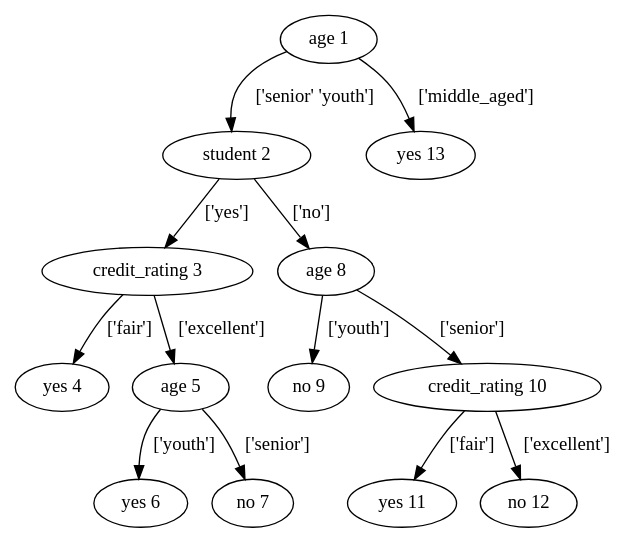
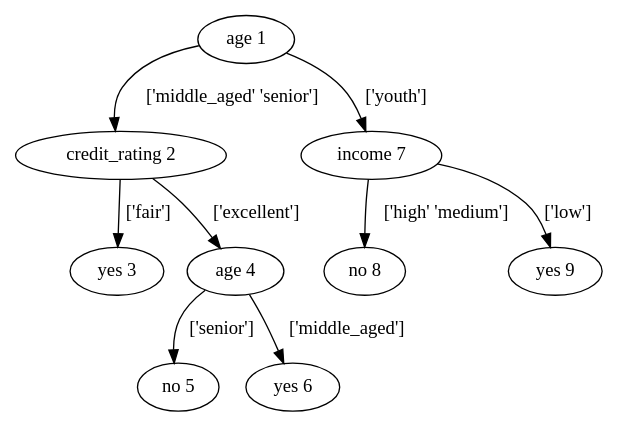
One commit to VaheHayrapetyan24/CS340B changed the diagram in 07_decision_tree_gini/tree_visualization.dot. Above: the diagram before and after it, drawn with Graphviz. The commit also changed 2 other files, not shown here.

```diff
--- a/07_decision_tree_gini/tree_visualization.dot
+++ b/07_decision_tree_gini/tree_visualization.dot
@@ -1,27 +1,19 @@
 digraph tree {
     "age 1";
-    "student 2";
-    "credit_rating 3";
-    "yes 4";
-    "age 5";
+    "credit_rating 2";
+    "yes 3";
+    "age 4";
+    "no 5";
     "yes 6";
-    "no 7";
-    "age 8";
-    "no 9";
-    "credit_rating 10";
-    "yes 11";
-    "no 12";
-    "yes 13";
-    "age 1" -> "student 2" [label="['senior' 'youth']"];
-    "age 1" -> "yes 13" [label="['middle_aged']"];
-    "student 2" -> "credit_rating 3" [label="['yes']"];
-    "student 2" -> "age 8" [label="['no']"];
-    "credit_rating 3" -> "yes 4" [label="['fair']"];
-    "credit_rating 3" -> "age 5" [label="['excellent']"];
-    "age 5" -> "yes 6" [label="['youth']"];
-    "age 5" -> "no 7" [label="['senior']"];
-    "age 8" -> "no 9" [label="['youth']"];
-    "age 8" -> "credit_rating 10" [label="['senior']"];
-    "credit_rating 10" -> "yes 11" [label="['fair']"];
-    "credit_rating 10" -> "no 12" [label="['excellent']"];
+    "income 7";
+    "no 8";
+    "yes 9";
+    "age 1" -> "credit_rating 2" [label="['middle_aged' 'senior']"];
+    "age 1" -> "income 7" [label="['youth']"];
+    "credit_rating 2" -> "yes 3" [label="['fair']"];
+    "credit_rating 2" -> "age 4" [label="['excellent']"];
+    "age 4" -> "no 5" [label="['senior']"];
+    "age 4" -> "yes 6" [label="['middle_aged']"];
+    "income 7" -> "no 8" [label="['high' 'medium']"];
+    "income 7" -> "yes 9" [label="['low']"];
 }
```
